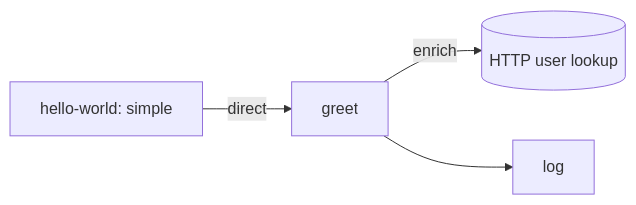
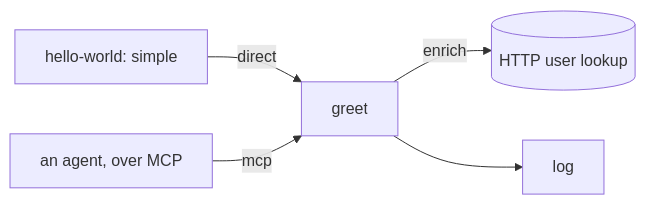
One commit to routecraftjs/routecraft changed the diagram in packages/create-routecraft/templates/base/capabilities/hello-world/README.md. Above: the diagram before and after it, drawn with Mermaid. The commit also changed other lines of this file and 134 other files, not shown here.

````diff
--- a/packages/create-routecraft/templates/base/capabilities/hello-world/README.md
+++ b/packages/create-routecraft/templates/base/capabilities/hello-world/README.md
@@ -10,6 +11,7 @@
 ```mermaid
 flowchart LR
   A[hello-world: simple] -->|direct| B[greet]
+  M[an agent, over MCP] -->|mcp| B
   B -->|enrich| C[(HTTP user lookup)]
   B --> D[log]
 ```
````
